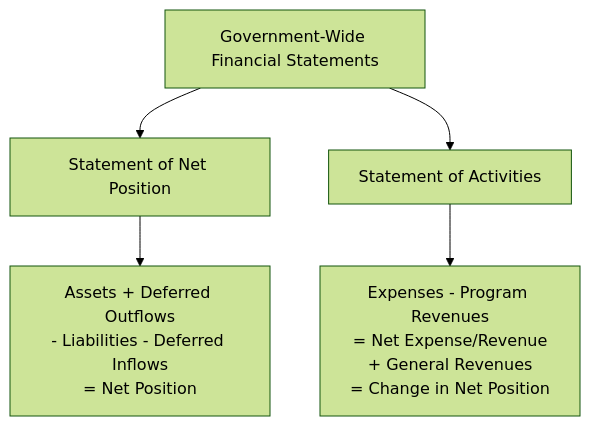
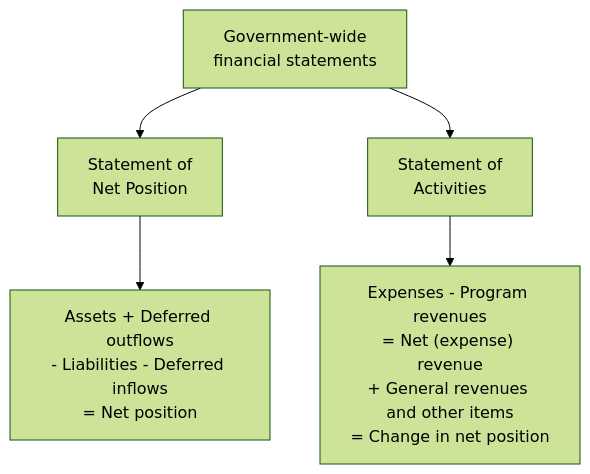
Before and after one commit to subwaymatch/cpabear-book: the diagram in docs/bar/governmental-financial-statements/government-wide-financial-statements.md, drawn with Mermaid (forest theme). The commit also changed other lines of this file and 204 other files, not shown here.

First line of the commit message:
Update the book for the 2027 CPA Exam Blueprints, fix dark-mode diagrams, add diagram zoom (#49)

````diff
--- a/docs/bar/governmental-financial-statements/government-wide-financial-statements.md
+++ b/docs/bar/governmental-financial-statements/government-wide-financial-statements.md
@@ -36,7 +26,7 @@
 ```mermaid
 flowchart TD
-    A[Government-Wide Financial Statements] --> B[Statement of Net Position]
-    A --> C[Statement of Activities]
-    B --> D["Assets + Deferred Outflows<br>- Liabilities - Deferred Inflows<br>= Net Position"]
-    C --> E["Expenses - Program Revenues<br>= Net Expense/Revenue<br>+ General Revenues<br>= Change in Net Position"]
+    A["Government-wide<br/>financial statements"] --> B["Statement of<br/>Net Position"]
+    A --> C["Statement of<br/>Activities"]
+    B --> D["Assets + Deferred outflows<br/>- Liabilities - Deferred inflows<br/>= Net position"]
+    C --> E["Expenses - Program revenues<br/>= Net (expense) revenue<br/>+ General revenues and other items<br/>= Change in net position"]
 ```
````
